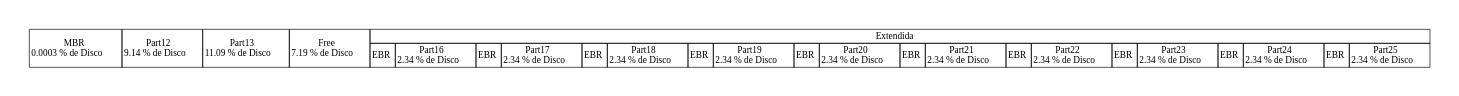
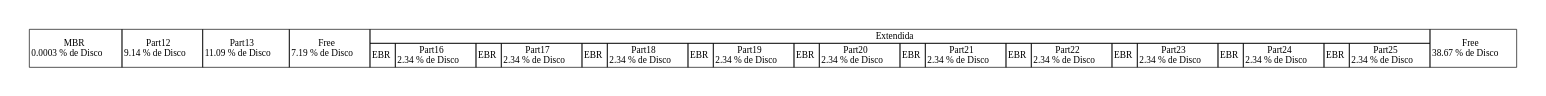
The diagram in disk_report.dot (MacoChave/DiskParted), drawn with Graphviz before and after one commit. The commit also changed 8 other files, not shown here.

```diff
--- a/disk_report.dot
+++ b/disk_report.dot
@@ -1,38 +1,39 @@
 digraph {
 	graph[pad="0.5", nodesep="0.5", ranksep="2"]
 	node [shape = plain]
 	rankdir = LR
 	DISK [label=<
 		<table border="0" cellborder="1" cellspacing="0">
 			<tr>
 				<td rowspan="2">MBR<br/>0.0003 % de Disco</td>
 				<td rowspan="2">Part12<br/>9.14 % de Disco</td>
 				<td rowspan="2">Part13<br/>11.09 % de Disco</td>
 				<td rowspan="2">Free<br/>7.19 % de Disco</td>
 				<td colspan="20">Extendida</td>
+				<td rowspan="2">Free<br/>38.67 % de Disco</td>
 			</tr>
 			<tr>
 				<td>EBR</td>
 				<td>Part16<br/>2.34 % de Disco</td>
 				<td>EBR</td>
 				<td>Part17<br/>2.34 % de Disco</td>
 				<td>EBR</td>
 				<td>Part18<br/>2.34 % de Disco</td>
 				<td>EBR</td>
 				<td>Part19<br/>2.34 % de Disco</td>
 				<td>EBR</td>
 				<td>Part20<br/>2.34 % de Disco</td>
 				<td>EBR</td>
 				<td>Part21<br/>2.34 % de Disco</td>
 				<td>EBR</td>
 				<td>Part22<br/>2.34 % de Disco</td>
 				<td>EBR</td>
 				<td>Part23<br/>2.34 % de Disco</td>
 				<td>EBR</td>
 				<td>Part24<br/>2.34 % de Disco</td>
 				<td>EBR</td>
 				<td>Part25<br/>2.34 % de Disco</td>
 			</tr>
 		</table>
 	>]
 }
```
